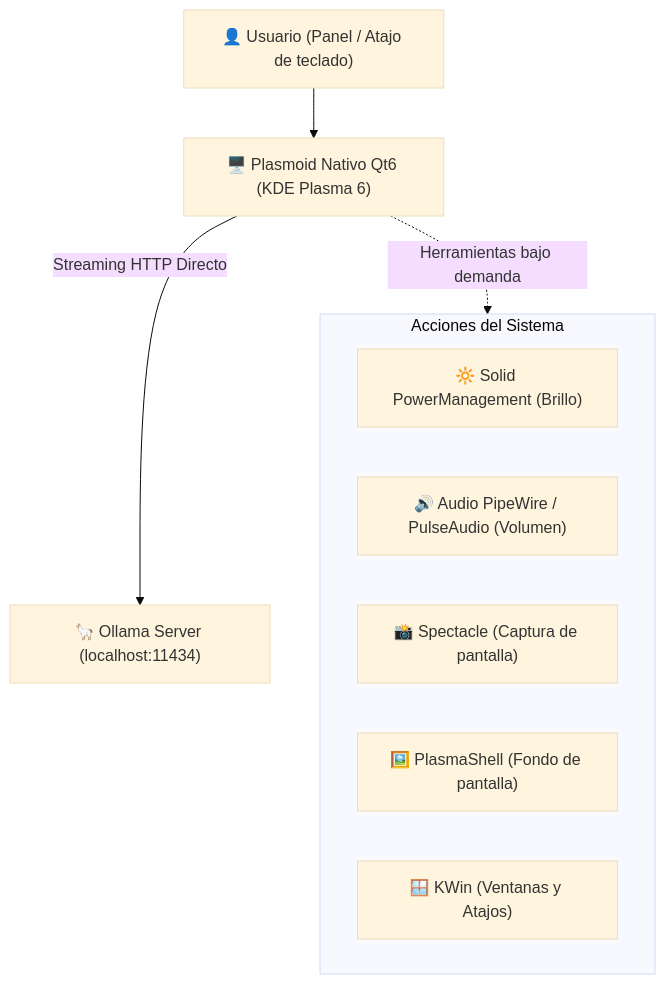
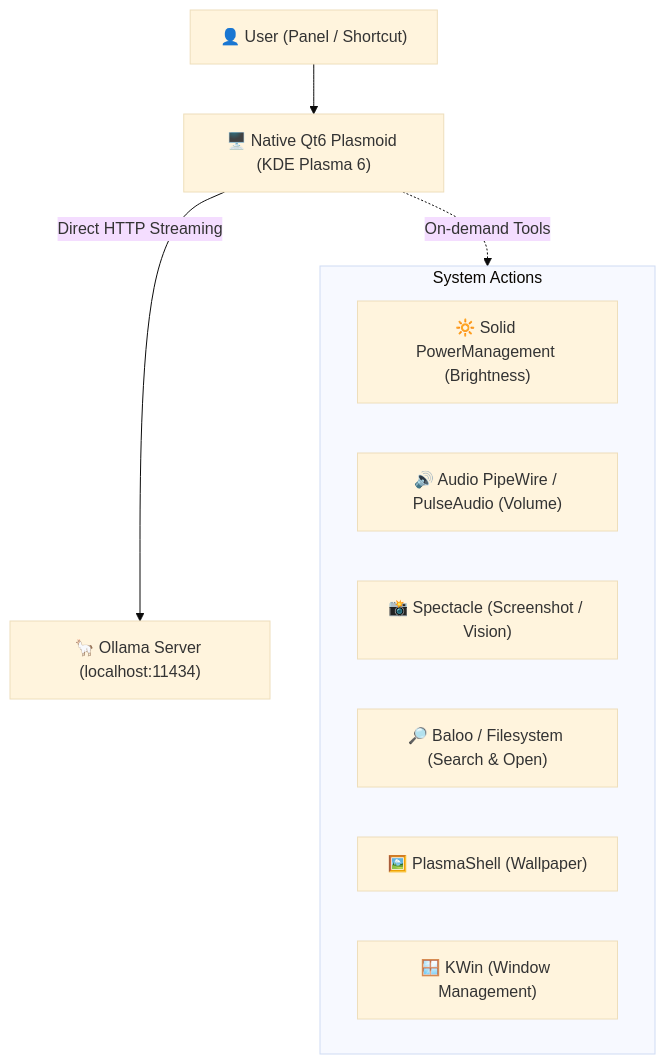
Before and after one commit to Canx/plasma-bonsai: the diagram in README.md, drawn with Mermaid (base theme). The commit also changed other lines of this file and 1 other file, not shown here.

````diff
--- a/README.md
+++ b/README.md
@@ -43,14 +49,15 @@
 ```mermaid
 flowchart TD
-    User["👤 Usuario (Panel / Atajo de teclado)"] --> QML["🖥️ Plasmoid Nativo Qt6 (KDE Plasma 6)"]
-    QML -->|Streaming HTTP Directo| Ollama["🦙 Ollama Server (localhost:11434)"]
-    QML -.->|Herramientas bajo demanda| Tools["⚙️ Runner de Acciones del Sistema"]
+    User["👤 User (Panel / Shortcut)"] --> QML["🖥️ Native Qt6 Plasmoid (KDE Plasma 6)"]
+    QML -->|Direct HTTP Streaming| Ollama["🦙 Ollama Server (localhost:11434)"]
+    QML -.->|On-demand Tools| Tools["⚙️ System Tool Runner"]
     
-    subgraph Tools["Acciones del Sistema"]
-        Solid["🔆 Solid PowerManagement (Brillo)"]
-        Audio["🔊 Audio PipeWire / PulseAudio (Volumen)"]
-        Spectacle["📸 Spectacle (Captura de pantalla)"]
-        PlasmaShell["🖼️ PlasmaShell (Fondo de pantalla)"]
-        KWin["🪟 KWin (Ventanas y Atajos)"]
+    subgraph Tools["System Actions"]
+        Solid["🔆 Solid PowerManagement (Brightness)"]
+        Audio["🔊 Audio PipeWire / PulseAudio (Volume)"]
+        Spectacle["📸 Spectacle (Screenshot / Vision)"]
+        Baloo["🔎 Baloo / Filesystem (Search & Open)"]
+        PlasmaShell["🖼️ PlasmaShell (Wallpaper)"]
+        KWin["🪟 KWin (Window Management)"]
     end
 ```
````
